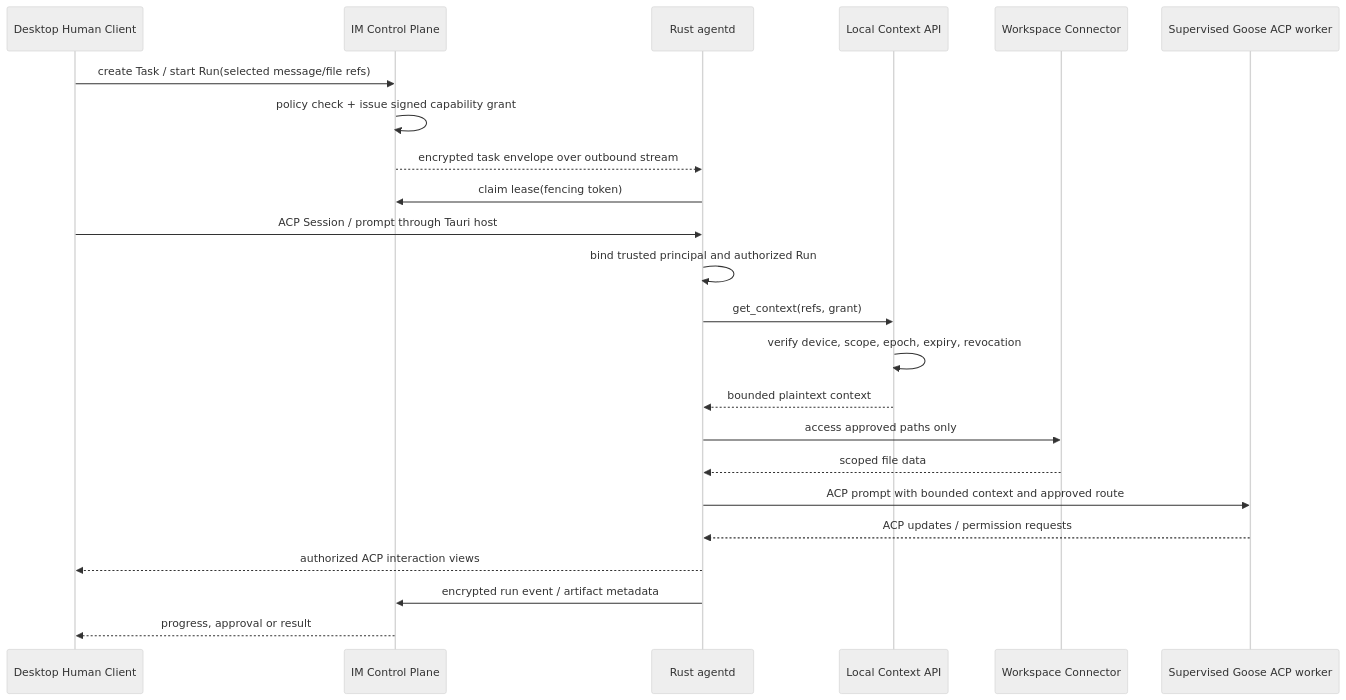
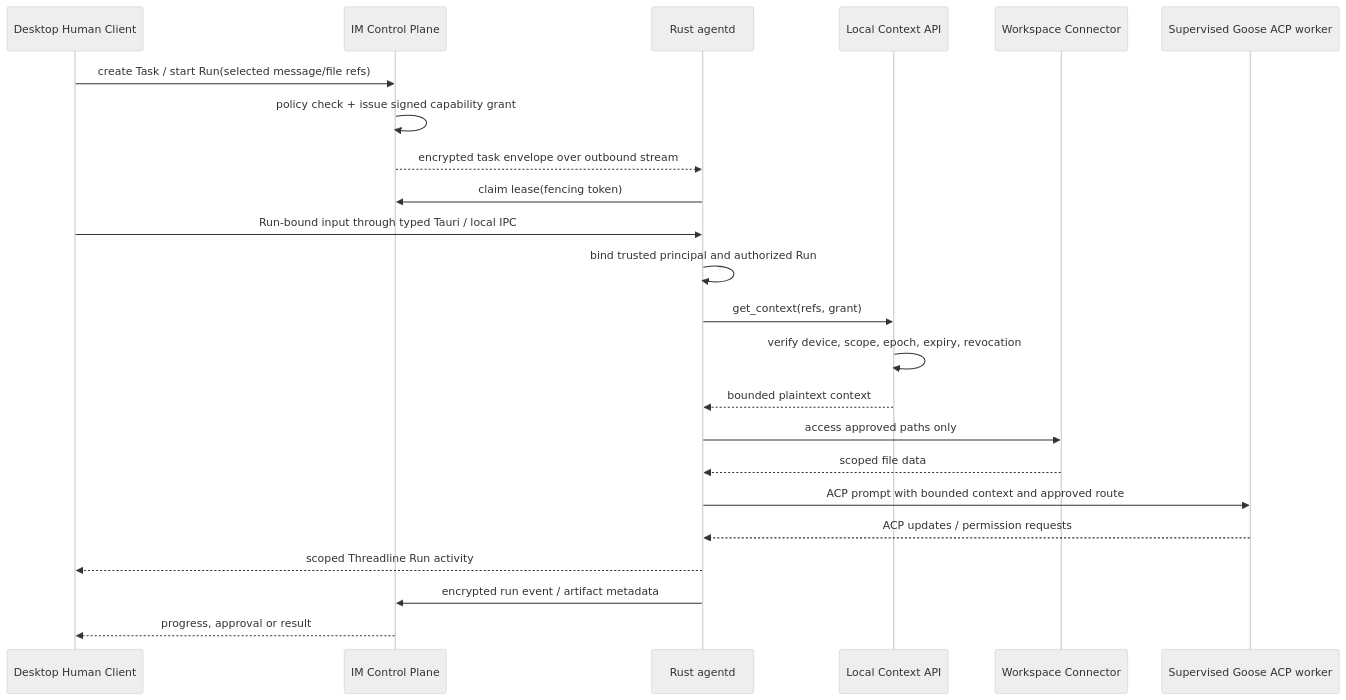
The third of 3 diagrams in docs/architecture/system-architecture.md (monkeylabx/threadline), drawn with Mermaid (neutral theme) before and after one commit. The commit also changed other lines of this file and 8 other files, not shown here.

````diff
--- a/docs/architecture/system-architecture.md
+++ b/docs/architecture/system-architecture.md
@@ -267,26 +266,26 @@
 ```mermaid
 sequenceDiagram
   participant U as Desktop Human Client
   participant CP as IM Control Plane
   participant LR as Rust agentd
   participant CA as Local Context API
   participant FS as Workspace Connector
   participant M as Supervised Goose ACP worker
 
   U->>CP: create Task / start Run(selected message/file refs)
   CP->>CP: policy check + issue signed capability grant
   CP-->>LR: encrypted task envelope over outbound stream
   LR->>CP: claim lease(fencing token)
-  U->>LR: ACP Session / prompt through Tauri host
+  U->>LR: Run-bound input through typed Tauri / local IPC
   LR->>LR: bind trusted principal and authorized Run
   LR->>CA: get_context(refs, grant)
   CA->>CA: verify device, scope, epoch, expiry, revocation
   CA-->>LR: bounded plaintext context
   LR->>FS: access approved paths only
   FS-->>LR: scoped file data
   LR->>M: ACP prompt with bounded context and approved route
   M-->>LR: ACP updates / permission requests
-  LR-->>U: authorized ACP interaction views
+  LR-->>U: scoped Threadline Run activity
   LR->>CP: encrypted run event / artifact metadata
   CP-->>U: progress, approval or result
 ```
````
